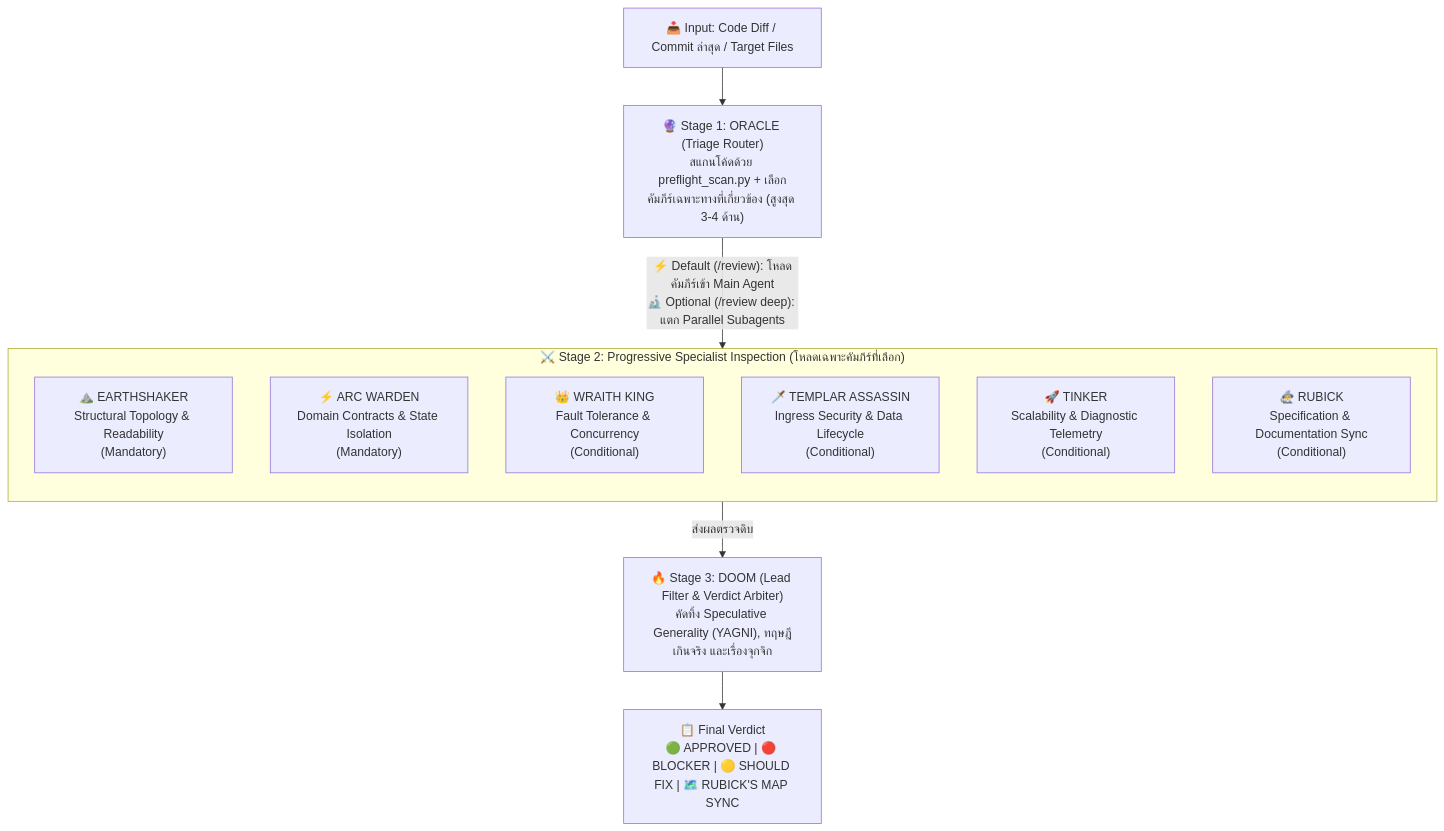
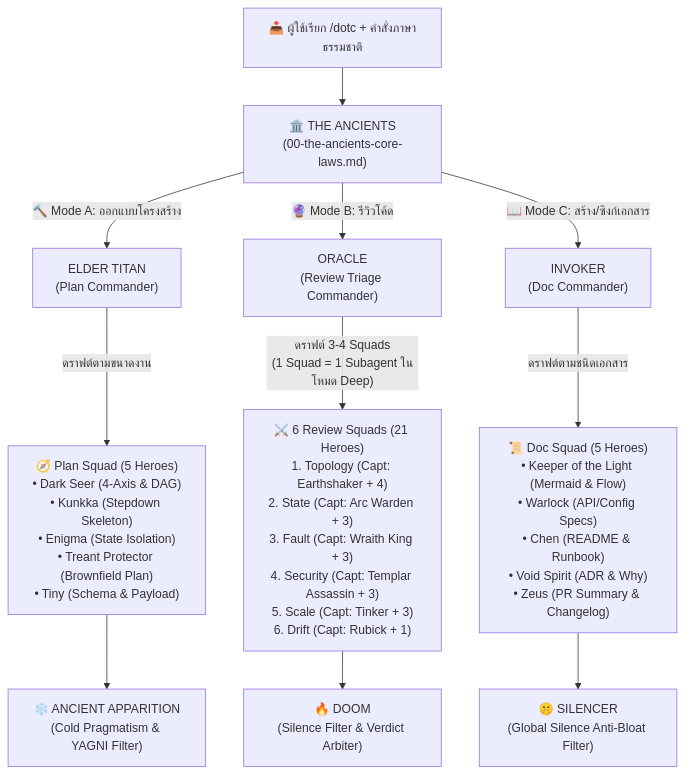
One commit to roticagas/defense-of-the-code changed the diagram in README.md. Above: the diagram before and after it, drawn with Mermaid. The commit also changed other lines of this file and 49 other files, not shown here.

Commit message:
feat: introduce multi-commander and squad roster (v2.0)

````diff
--- a/README.md
+++ b/README.md
@@ -17,18 +19,17 @@
 ```mermaid
 flowchart TD
-    Input["📥 Input: Code Diff / Commit ล่าสุด / Target Files"] --> S1["🔮 Stage 1: ORACLE (Triage Router)<br/>สแกนโค้ดด้วย preflight_scan.py + เลือกคัมภีร์เฉพาะทางที่เกี่ยวข้อง (สูงสุด 3-4 ด้าน)"]
+    USER["📥 ผู้ใช้เรียก /dotc + คำสั่งภาษาธรรมชาติ"] --> ANCIENTS["🏛️ THE ANCIENTS<br/>(00-the-ancients-core-laws.md)"]
+    
+    ANCIENTS -->|"🔨 Mode A: ออกแบบโครงสร้าง"| TITAN["ELDER TITAN<br/>(Plan Commander)"]
+    ANCIENTS -->|"🔮 Mode B: รีวิวโค้ด"| ORACLE["ORACLE<br/>(Review Triage Commander)"]
+    ANCIENTS -->|"📖 Mode C: สร้าง/ซิงก์เอกสาร"| INVOKER["INVOKER<br/>(Doc Commander)"]
 
-    subgraph S2["⚔️ Stage 2: Progressive Specialist Inspection (โหลดเฉพาะคัมภีร์ที่เลือก)"]
-        direction TB
-        H1["⛰️ EARTHSHAKER<br/>Structural Topology & Readability<br/>(Mandatory)"]
-        H2["⚡ ARC WARDEN<br/>Domain Contracts & State Isolation<br/>(Mandatory)"]
-        H3["👑 WRAITH KING<br/>Fault Tolerance & Concurrency<br/>(Conditional)"]
-        H4["🗡️ TEMPLAR ASSASSIN<br/>Ingress Security & Data Lifecycle<br/>(Conditional)"]
-        H5["🚀 TINKER<br/>Scalability & Diagnostic Telemetry<br/>(Conditional)"]
-        H6["🧙‍♂️ RUBICK<br/>Specification & Documentation Sync<br/>(Conditional)"]
-    end
+    TITAN -->|"ดราฟต์ตามขนาดงาน"| PS["🧭 Plan Squad (5 Heroes)<br/>• Dark Seer (4-Axis & DAG)<br/>• Kunkka (Stepdown Skeleton)<br/>• Enigma (State Isolation)<br/>• Treant Protector (Brownfield Plan)<br/>• Tiny (Schema & Payload)"]
+    PS --> AA["❄️ ANCIENT APPARITION<br/>(Cold Pragmatism & YAGNI Filter)"]
 
-    S1 -->|"⚡ Default (/review): โหลดคัมภีร์เข้า Main Agent<br/>🔬 Optional (/review deep): แตก Parallel Subagents"| S2
-    S2 -->|ส่งผลตรวจดิบ| S3["🔥 Stage 3: DOOM (Lead Filter & Verdict Arbiter)<br/>คัดทิ้ง Speculative Generality (YAGNI), ทฤษฎีเกินจริง และเรื่องจุกจิก"]
-    S3 --> Out["📋 Final Verdict<br/>🟢 APPROVED | 🔴 BLOCKER | 🟡 SHOULD FIX | 🗺️ RUBICK'S MAP SYNC"]
+    ORACLE -->|"ดราฟต์ 3-4 Squads<br/>(1 Squad = 1 Subagent ในโหมด Deep)"| RS["⚔️ 6 Review Squads (21 Heroes)<br/>1. Topology (Capt: Earthshaker + 4)<br/>2. State (Capt: Arc Warden + 3)<br/>3. Fault (Capt: Wraith King + 3)<br/>4. Security (Capt: Templar Assassin + 3)<br/>5. Scale (Capt: Tinker + 3)<br/>6. Drift (Capt: Rubick + 1)"]
+    RS --> DOOM["🔥 DOOM<br/>(Silence Filter & Verdict Arbiter)"]
+
+    INVOKER -->|"ดราฟต์ตามชนิดเอกสาร"| DS["📜 Doc Squad (5 Heroes)<br/>• Keeper of the Light (Mermaid & Flow)<br/>• Warlock (API/Config Specs)<br/>• Chen (README & Runbook)<br/>• Void Spirit (ADR & Why)<br/>• Zeus (PR Summary & Changelog)"]
+    DS --> SILENCER["🤫 SILENCER<br/>(Global Silence Anti-Bloat Filter)"]
 ```
````
